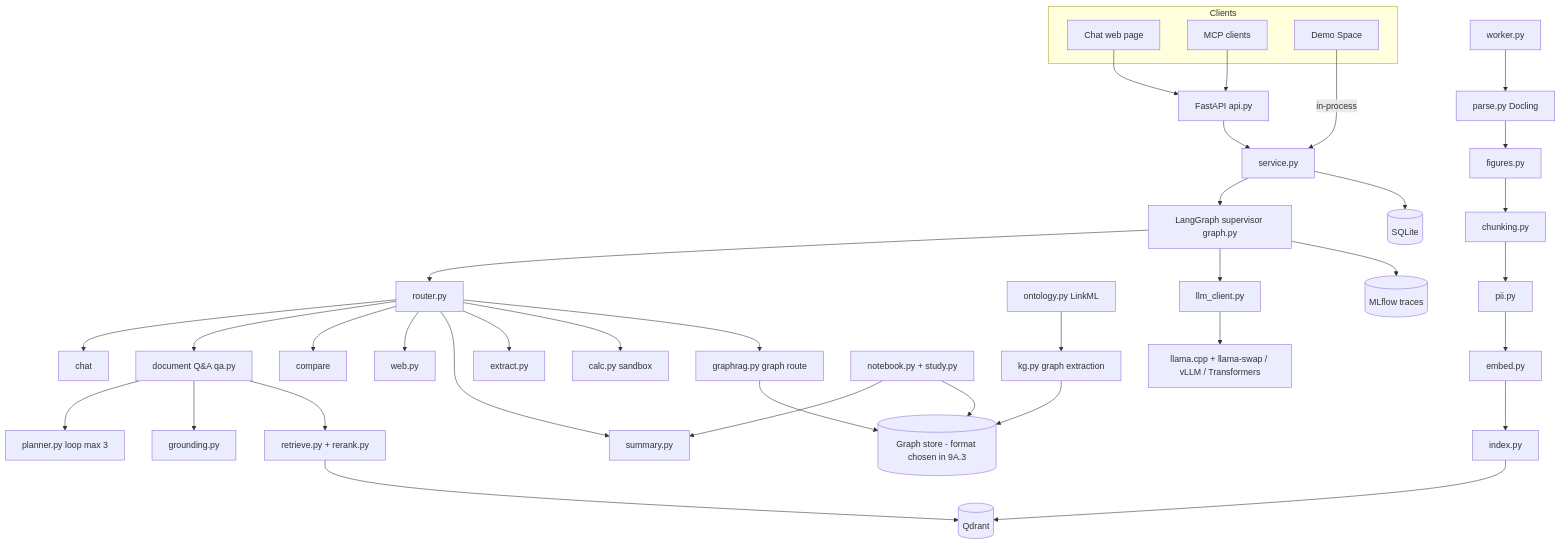
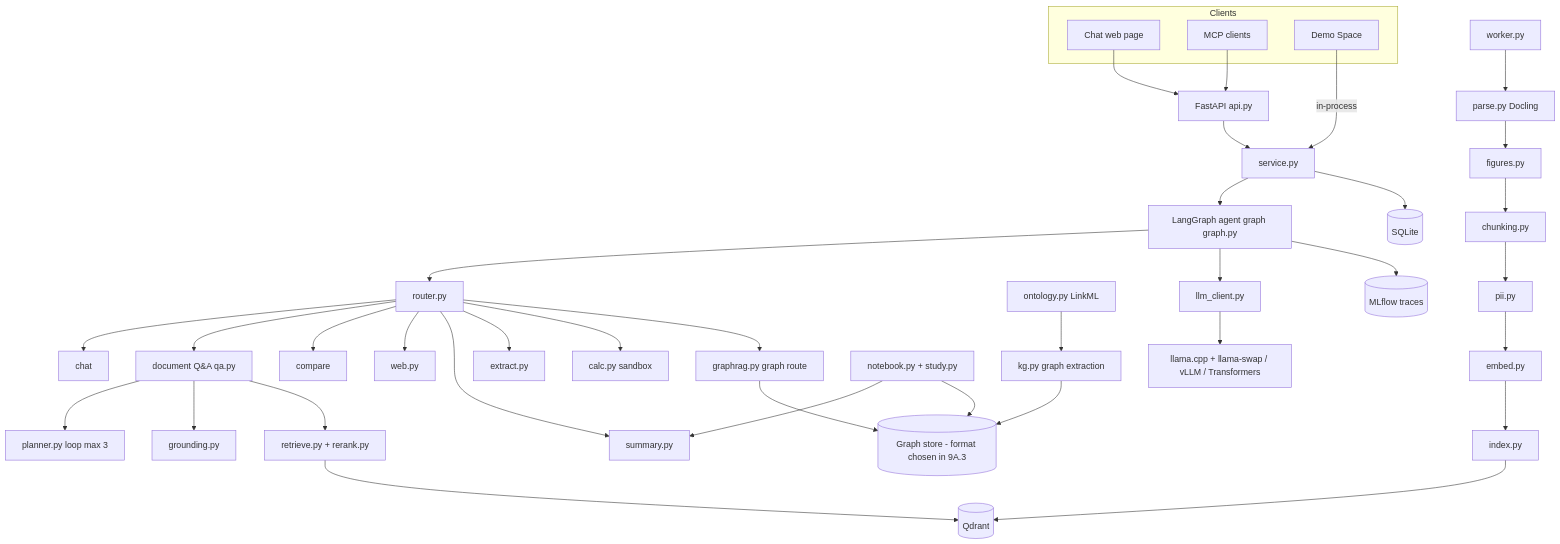
The first of 3 diagrams in docs/04-architecture/system-architecture.md (mdu-ai-lab/multiagent-ai-lab), drawn with Mermaid before and after one commit. The commit also changed 30 other files, not shown here.

Commit message:
Use group review wording and name the agent graph in the docs

````diff
--- a/docs/04-architecture/system-architecture.md
+++ b/docs/04-architecture/system-architecture.md
@@ -17,35 +17,35 @@
 ```mermaid
 flowchart TB
   subgraph Clients
     UI[Chat web page]
     MCP[MCP clients]
     DEMO[Demo Space]
   end
   API[FastAPI api.py] --> SVC[service.py]
   UI --> API
   MCP --> API
   DEMO -->|in-process| SVC
-  SVC --> G[LangGraph supervisor graph.py]
+  SVC --> G[LangGraph agent graph graph.py]
   G --> R[router.py]
   R --> CHAT[chat]
   R --> QA[document Q&A qa.py]
   R --> CMP[compare]
   R --> WEB[web.py]
   R --> SUM[summary.py]
   R --> EXT[extract.py]
   R --> CALC[calc.py sandbox]
   R --> GR2[graphrag.py graph route]
   GR2 --> KGS[(Graph store - format chosen in 9A.3)]
   ONT[ontology.py LinkML] --> KG[kg.py graph extraction] --> KGS
   NB[notebook.py + study.py] --> SUM
   NB --> KGS
   QA --> PL[planner.py loop max 3]
   QA --> GR[grounding.py]
   QA --> RET[retrieve.py + rerank.py]
   RET --> QD[(Qdrant)]
   G --> LLM[llm_client.py]
   LLM --> MS[llama.cpp + llama-swap / vLLM / Transformers]
   WK[worker.py] --> PARSE[parse.py Docling] --> FIG[figures.py] --> CH[chunking.py] --> PII[pii.py] --> EMB[embed.py] --> IDX[index.py] --> QD
   SVC --> DB[(SQLite)]
   G --> ML[(MLflow traces)]
 ```
````
